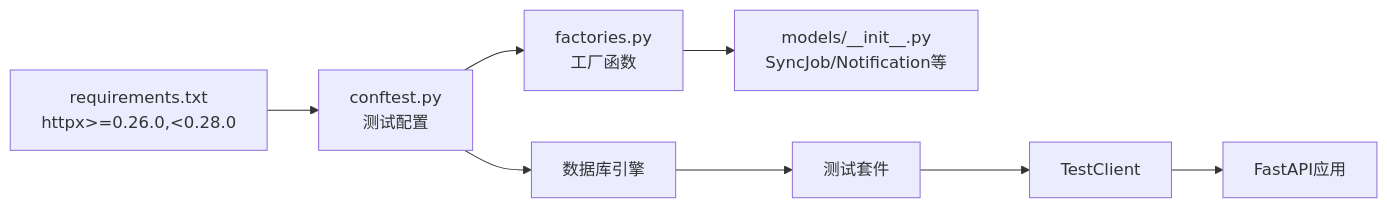
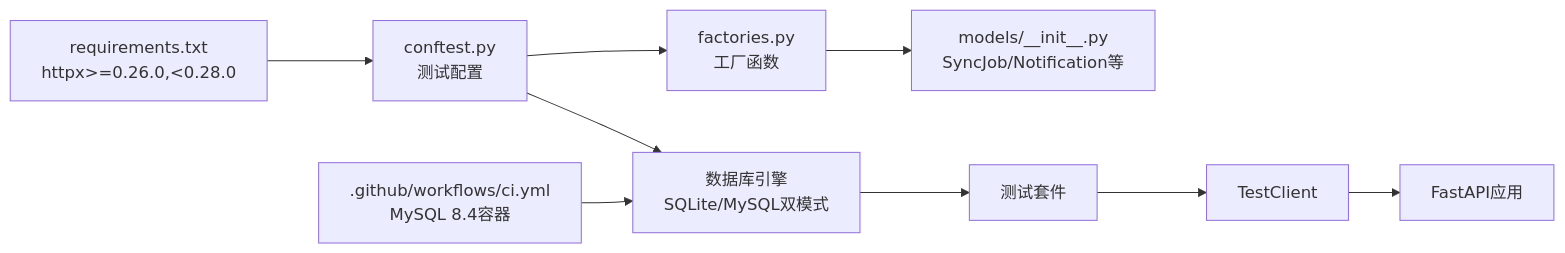
Before and after one commit to gujialind/InvestRing: the fourth of 4 diagrams in .qoder/repowiki/zh/content/开发指南/测试策略/测试环境配置.md, drawn with Mermaid. The commit also changed other lines of this file and 59 other files, not shown here.

````diff
--- a/.qoder/repowiki/zh/content/开发指南/测试策略/测试环境配置.md
+++ b/.qoder/repowiki/zh/content/开发指南/测试策略/测试环境配置.md
@@ -321,10 +362,11 @@
 ```mermaid
 graph LR
 REQ["requirements.txt<br/>httpx>=0.26.0,<0.28.0"] --> CONF["conftest.py<br/>测试配置"]
 CONF --> FACTS["factories.py<br/>工厂函数"]
 FACTS --> MODELS["models/__init__.py<br/>SyncJob/Notification等"]
-CONF --> DB["数据库引擎"]
+CONF --> DB["数据库引擎<br/>SQLite/MySQL双模式"]
 DB --> TESTS["测试套件"]
 TESTS --> CLIENT["TestClient"]
 CLIENT --> APP["FastAPI应用"]
+CI[".github/workflows/ci.yml<br/>MySQL 8.4容器"] --> DB
 ```
````
